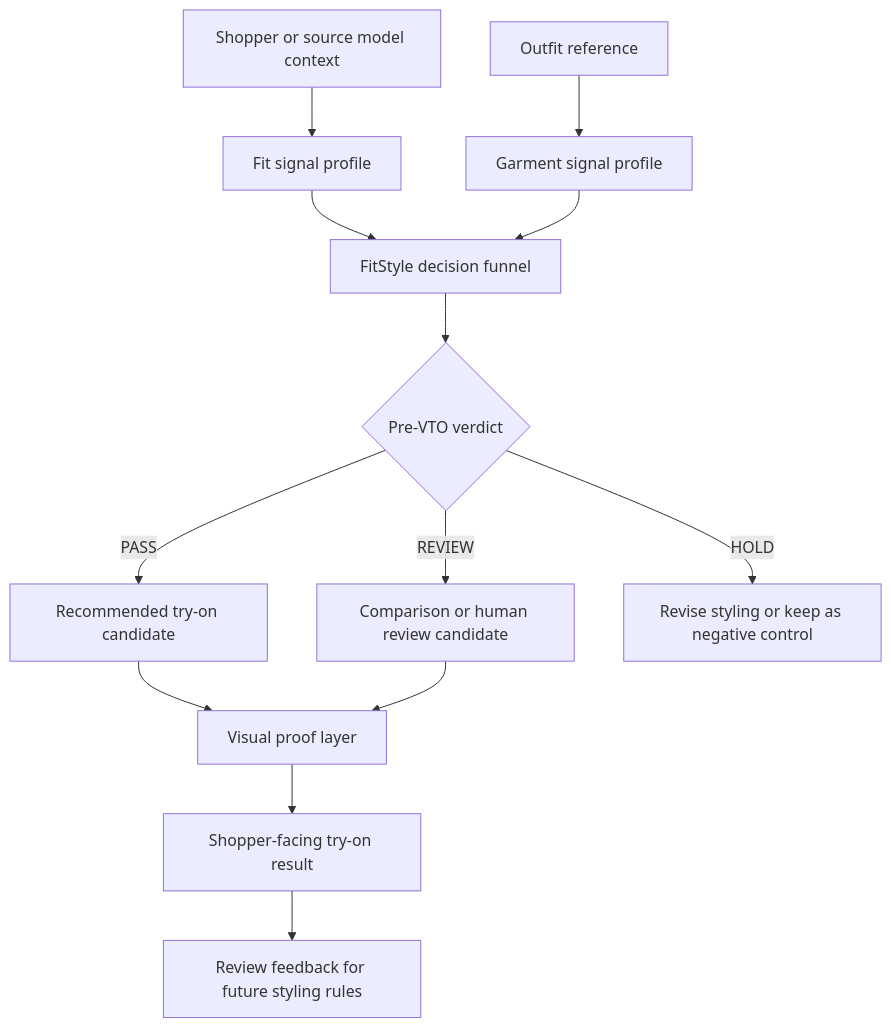
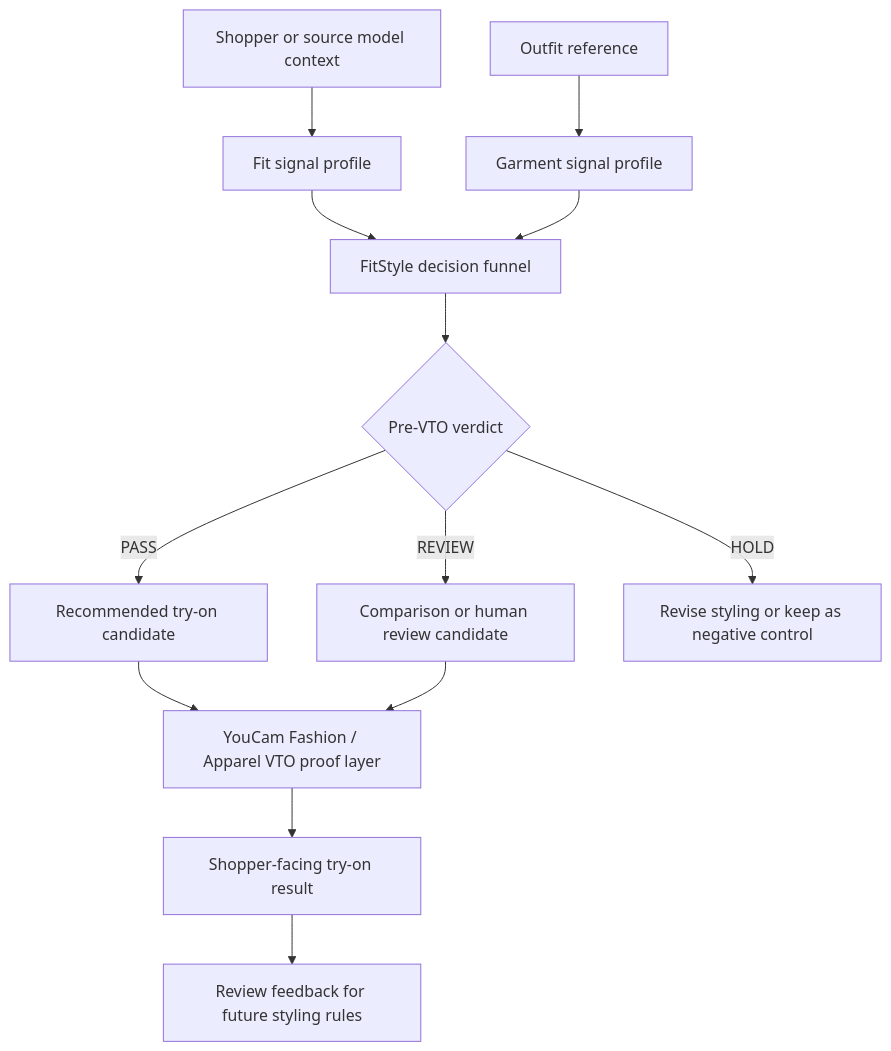
Before and after one commit to jiarong0423/match-the-fit-public-demo: the first of 3 diagrams in docs/architecture.md, drawn with Mermaid. The commit also changed other lines of this file and 10 other files, not shown here.

Commit message:
Align submission docs with YouCam hackathon

````diff
--- a/docs/architecture.md
+++ b/docs/architecture.md
@@ -9,15 +9,15 @@
 ```mermaid
 flowchart TB
   A["Shopper or source model context"] --> B["Fit signal profile"]
   C["Outfit reference"] --> D["Garment signal profile"]
   B --> E["FitStyle decision funnel"]
   D --> E
   E --> F{"Pre-VTO verdict"}
   F -->|PASS| G["Recommended try-on candidate"]
   F -->|REVIEW| H["Comparison or human review candidate"]
   F -->|HOLD| I["Revise styling or keep as negative control"]
-  G --> J["Visual proof layer"]
+  G --> J["YouCam Fashion / Apparel VTO proof layer"]
   H --> J
   J --> K["Shopper-facing try-on result"]
   K --> L["Review feedback for future styling rules"]
 ```
````
